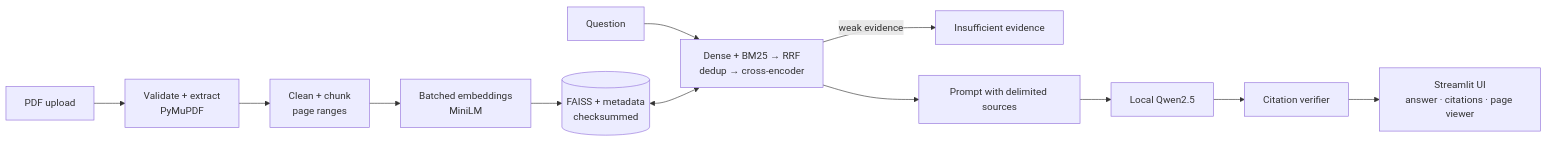
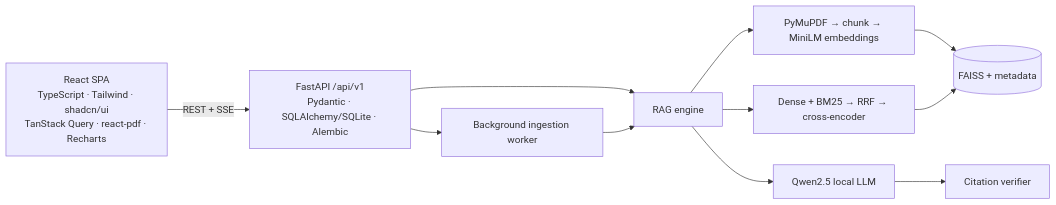
One commit to SallaguntaRaahul/querydoc-ai changed the diagram in README.md. Above: the diagram before and after it, drawn with Mermaid. The commit also changed other lines of this file and 99 other files, not shown here.

First line of the commit message:
Complete full-stack QueryDoc AI: API tests, Playwright E2E + visual QA, API benchmark, docs

````diff
--- a/README.md
+++ b/README.md
@@ -24,8 +34,10 @@
 ```mermaid
 flowchart LR
-    PDF[PDF upload] --> V[Validate + extract<br/>PyMuPDF] --> C[Clean + chunk<br/>page ranges] --> E[Batched embeddings<br/>MiniLM] --> F[(FAISS + metadata<br/>checksummed)]
-    Q[Question] --> R[Dense + BM25 → RRF<br/>dedup → cross-encoder]
-    F <--> R
-    R -->|weak evidence| N[Insufficient evidence]
-    R --> P[Prompt with delimited sources] --> L[Local Qwen2.5] --> VER[Citation verifier] --> UI[Streamlit UI<br/>answer · citations · page viewer]
+    UI[React SPA<br/>TypeScript · Tailwind · shadcn/ui<br/>TanStack Query · react-pdf · Recharts] -- REST + SSE --> API[FastAPI /api/v1<br/>Pydantic · SQLAlchemy/SQLite · Alembic]
+    API --> W[Background ingestion worker]
+    API --> ENG[RAG engine]
+    W --> ENG
+    ENG --> X[PyMuPDF → chunk → MiniLM embeddings] --> F[(FAISS + metadata)]
+    ENG --> R[Dense + BM25 → RRF → cross-encoder] --> F
+    ENG --> L[Qwen2.5 local LLM] --> V[Citation verifier]
 ```
````
